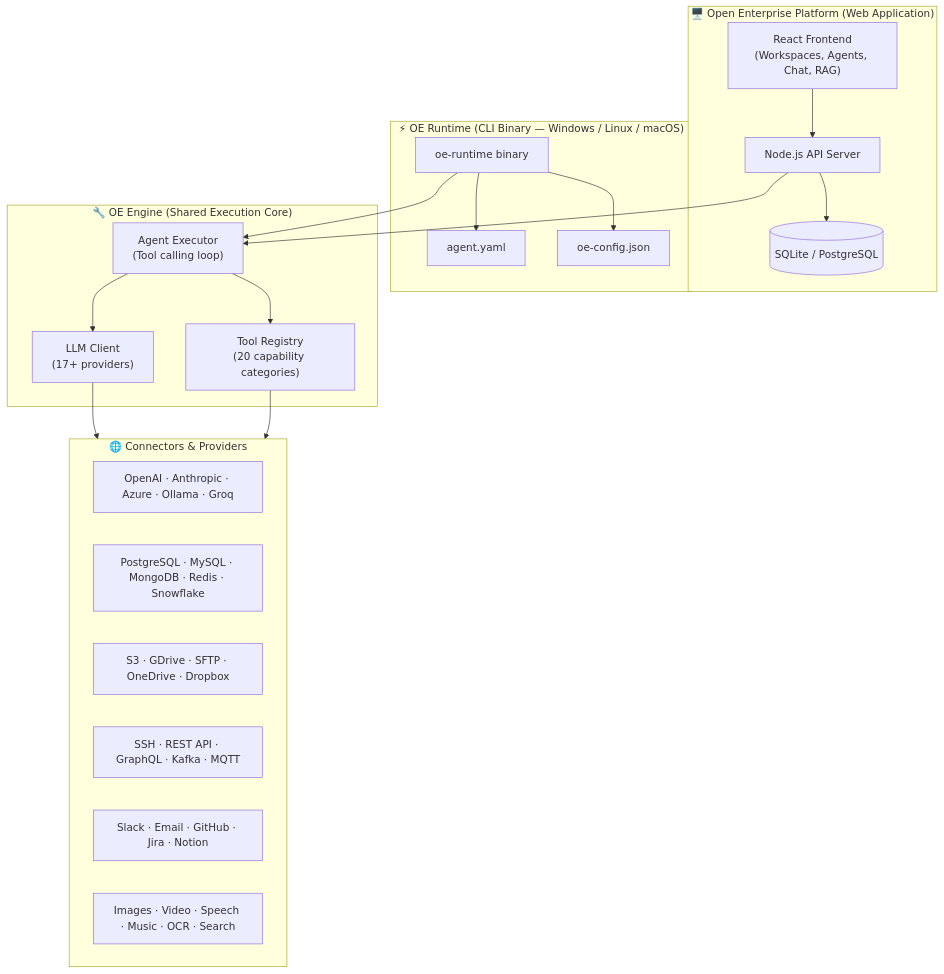
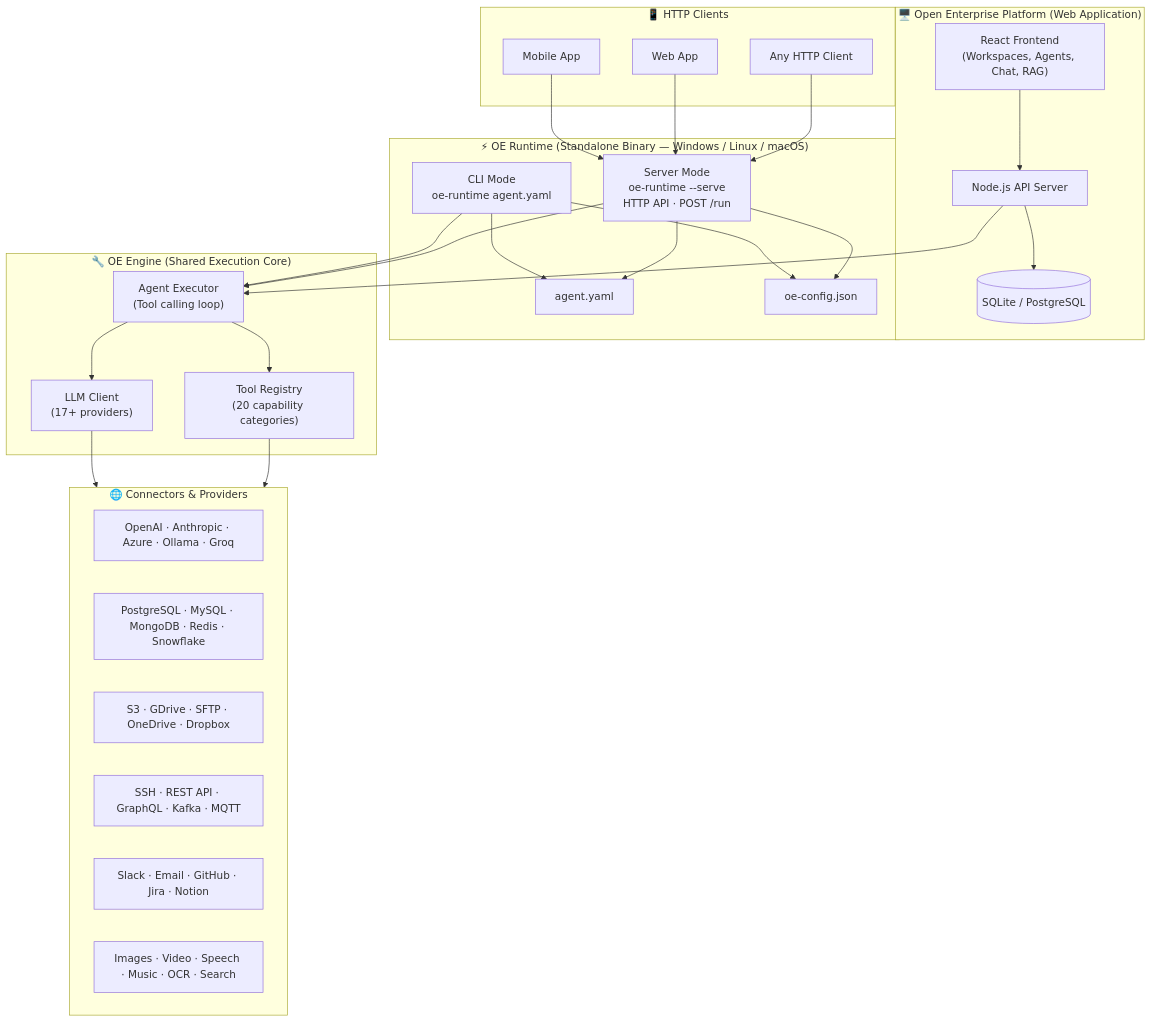
The diagram in README.md (openenterprise-info/open-enterprise-community), drawn with Mermaid before and after one commit. The commit also changed other lines of this file, not shown here.

Commit message:
docs: add HTTP server mode to README — --serve usage, Mermaid, Runtime vs Platform table, roadmap

````diff
--- a/README.md
+++ b/README.md
@@ -57,41 +57,55 @@
 ```mermaid
 graph TD
     subgraph Platform["🖥️ Open Enterprise Platform (Web Application)"]
         UI["React Frontend\n(Workspaces, Agents, Chat, RAG)"]
         API["Node.js API Server"]
         DB[("SQLite / PostgreSQL")]
         UI --> API
         API --> DB
     end
 
-    subgraph Runtime["⚡ OE Runtime (CLI Binary — Windows / Linux / macOS)"]
-        CLI["oe-runtime binary"]
+    subgraph Runtime["⚡ OE Runtime (Standalone Binary — Windows / Linux / macOS)"]
+        CLI["CLI Mode\noe-runtime agent.yaml"]
+        SRV["Server Mode\noe-runtime --serve\nHTTP API · POST /run"]
         YAML["agent.yaml"]
         CONFIG["oe-config.json"]
         CLI --> YAML
         CLI --> CONFIG
+        SRV --> YAML
+        SRV --> CONFIG
     end
+
+    subgraph Clients["📱 HTTP Clients"]
+        MOB["Mobile App"]
+        WEB["Web App"]
+        EXT["Any HTTP Client"]
+    end
+
+    MOB --> SRV
+    WEB --> SRV
+    EXT --> SRV
 
     subgraph Engine["🔧 OE Engine (Shared Execution Core)"]
         EXEC["Agent Executor\n(Tool calling loop)"]
         TOOLS["Tool Registry\n(20 capability categories)"]
         LLM["LLM Client\n(17+ providers)"]
         EXEC --> TOOLS
         EXEC --> LLM
     end
 
     subgraph Providers["🌐 Connectors & Providers"]
         direction LR
         P1["OpenAI · Anthropic · Azure · Ollama · Groq"]
         P2["PostgreSQL · MySQL · MongoDB · Redis · Snowflake"]
         P3["S3 · GDrive · SFTP · OneDrive · Dropbox"]
         P4["SSH · REST API · GraphQL · Kafka · MQTT"]
         P5["Slack · Email · GitHub · Jira · Notion"]
         P6["Images · Video · Speech · Music · OCR · Search"]
     end
 
     API --> EXEC
     CLI --> EXEC
+    SRV --> EXEC
     TOOLS --> Providers
     LLM --> P1
 ```
````
